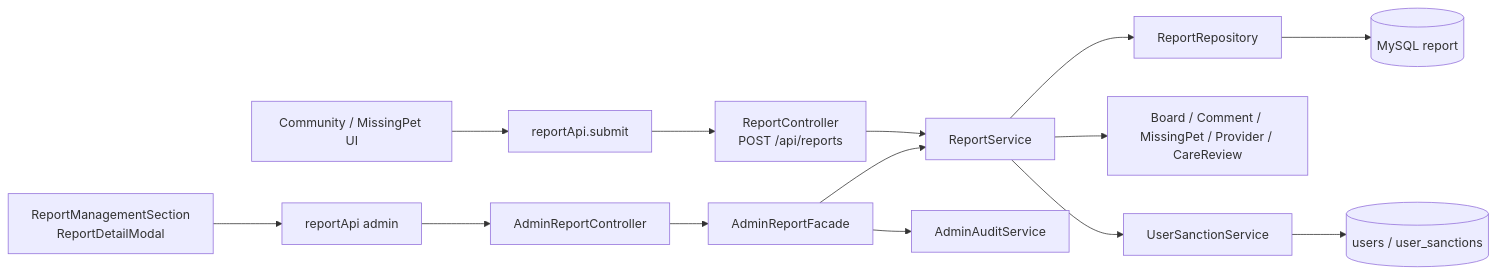
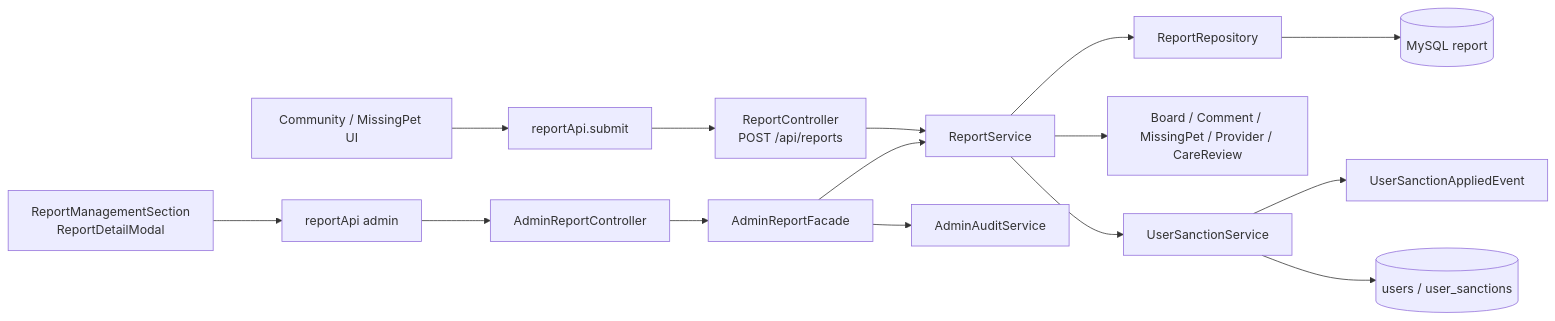
Before and after one commit to makkong1/Petory: the first of 5 diagrams in docs/architecture/report/신고 및 제재 아키텍처.md, drawn with Mermaid. The commit also changed other lines of this file and 31 other files, not shown here.

````diff
--- a/docs/architecture/report/신고 및 제재 아키텍처.md
+++ b/docs/architecture/report/신고 및 제재 아키텍처.md
@@ -9,18 +9,19 @@
 ```mermaid
 flowchart LR
   UserUI["Community / MissingPet UI"] --> ReportApi["reportApi.submit"]
   ReportApi --> ReportCtrl["ReportController<br/>POST /api/reports"]
   ReportCtrl --> ReportSvc["ReportService"]
   ReportSvc --> ReportRepo["ReportRepository"]
   ReportRepo --> ReportDB[("MySQL report")]
 
   AdminUI["ReportManagementSection<br/>ReportDetailModal"] --> AdminApi["reportApi admin"]
   AdminApi --> AdminCtrl["AdminReportController"]
   AdminCtrl --> Facade["AdminReportFacade"]
   Facade --> ReportSvc
   Facade --> Audit["AdminAuditService"]
 
   ReportSvc --> Targets["Board / Comment / MissingPet / Provider / CareReview"]
   ReportSvc --> Sanction["UserSanctionService"]
+  Sanction --> Event["UserSanctionAppliedEvent"]
   Sanction --> UserDB[("users / user_sanctions")]
 ```
````
